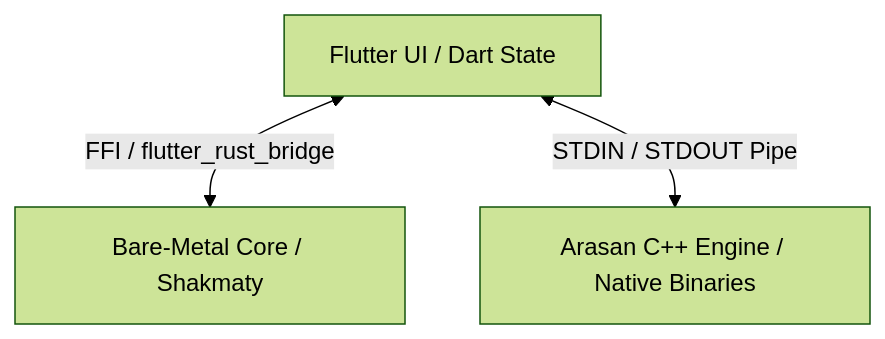
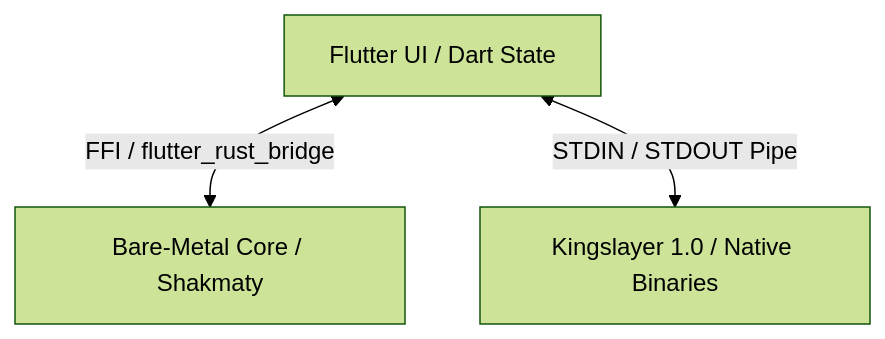
The diagram in IdeaSpace-Chess-Academy.md (ideaSpaced90s/ica), drawn with Mermaid (forest theme) before and after one commit. The commit also changed other lines of this file and 51 other files, not shown here.

````diff
--- a/IdeaSpace-Chess-Academy.md
+++ b/IdeaSpace-Chess-Academy.md
@@ -227,5 +227,5 @@
 ```mermaid
 graph TD
     UI[Flutter UI / Dart State] <-->|FFI / flutter_rust_bridge| Rust[Bare-Metal Core / Shakmaty]
-    UI <-->|STDIN / STDOUT Pipe| Arasan[Arasan C++ Engine / Native Binaries]
+    UI <-->|STDIN / STDOUT Pipe| Arasan[Kingslayer 1.0 / Native Binaries]
 ```
````
